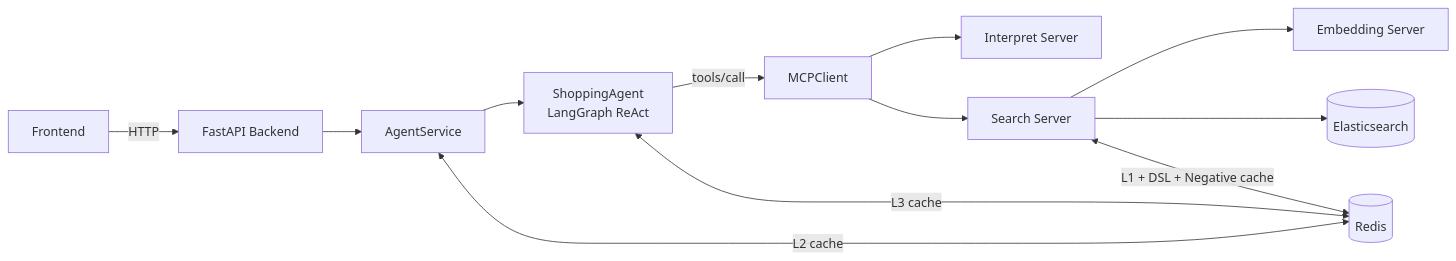
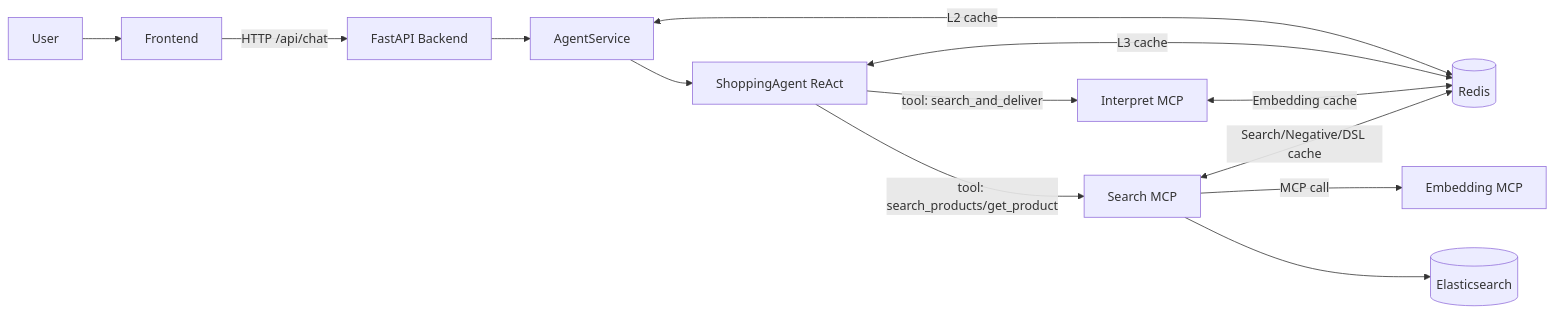
One commit to 11linear11/ShoppingAiAssistant changed the first of 3 diagrams in docs/en/ARCHITECTURE.md. Above: the diagram before and after it, drawn with Mermaid. The commit also changed other lines of this file and 10 other files, not shown here.

Commit message:
Rewrite full project docs with updated architecture schematics

````diff
--- a/docs/en/ARCHITECTURE.md
+++ b/docs/en/ARCHITECTURE.md
@@ -11,16 +14,17 @@
 ```mermaid
 flowchart LR
-  FE[Frontend] -->|HTTP| BE[FastAPI Backend]
+  U[User] --> FE[Frontend]
+  FE -->|HTTP /api/chat| BE[FastAPI Backend]
   BE --> AS[AgentService]
-  AS --> AG[ShoppingAgent\nLangGraph ReAct]
+  AS --> AG[ShoppingAgent ReAct]
 
-  AG -->|tools/call| IC[MCPClient]
-  IC --> INTP[Interpret Server]
-  IC --> SRCH[Search Server]
-  SRCH --> EMB[Embedding Server]
+  AG -->|tool: search_and_deliver| INTP[Interpret MCP]
+  AG -->|tool: search_products/get_product| SRCH[Search MCP]
+  SRCH -->|MCP call| EMB[Embedding MCP]
 
   AS <-->|L2 cache| REDIS[(Redis)]
   AG <-->|L3 cache| REDIS
-  SRCH <-->|L1 + DSL + Negative cache| REDIS
+  INTP <-->|Embedding cache| REDIS
+  SRCH <-->|Search/Negative/DSL cache| REDIS
   SRCH --> ES[(Elasticsearch)]
 ```
````
